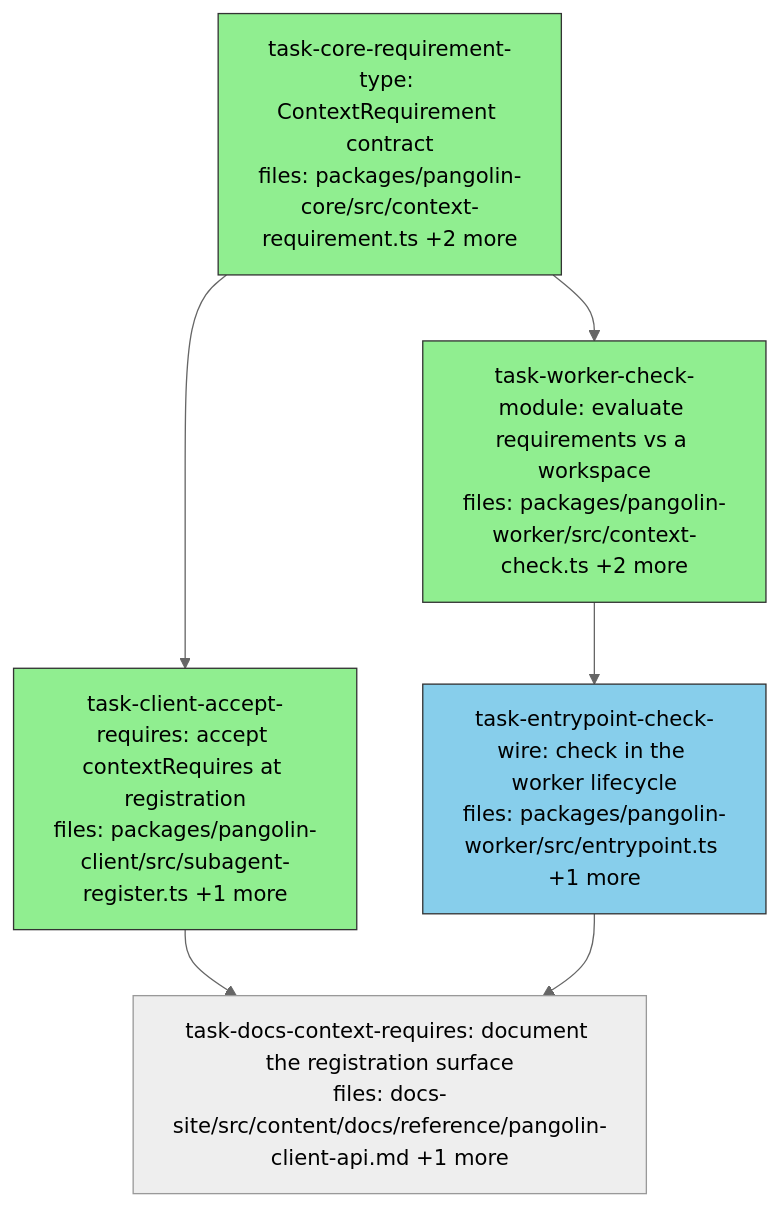
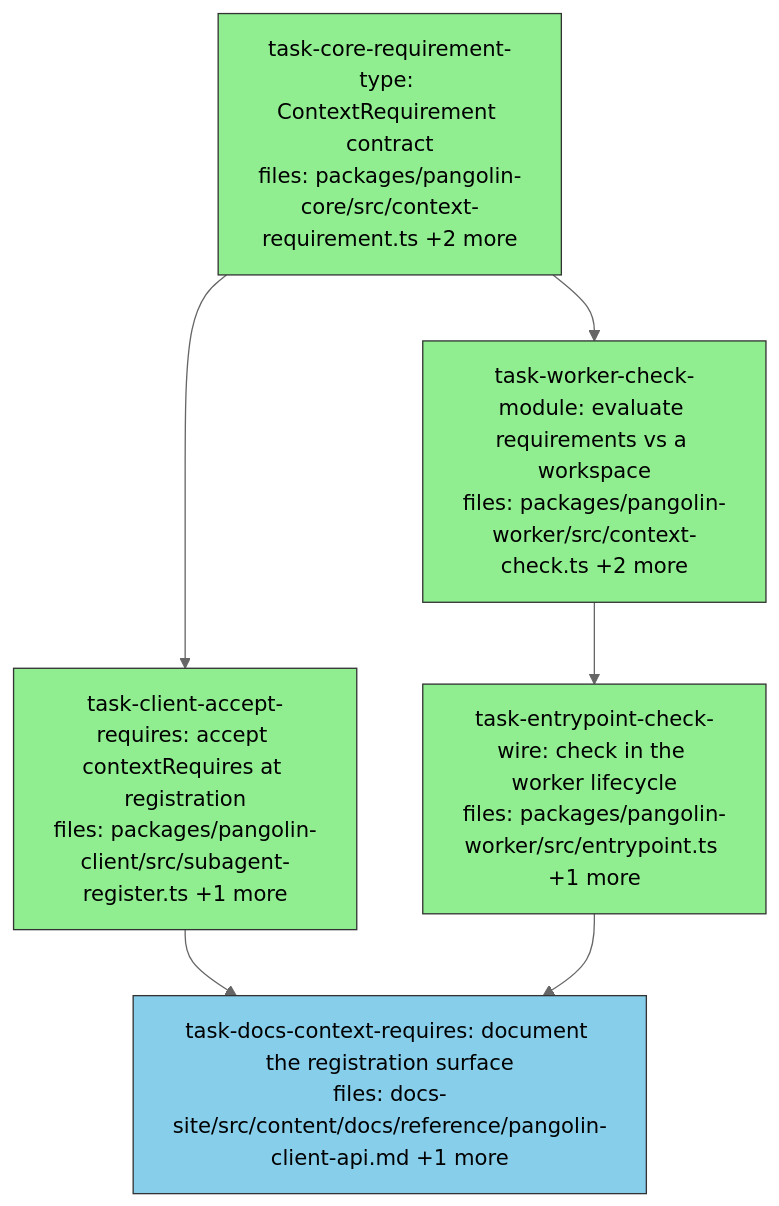
The diagram in docs/superpowers/plans/2026-08-03-staged-context-verification-dag.md (QuarrySystems/pangolin), drawn with Mermaid (neutral theme) before and after one commit. The commit also changed other lines of this file, not shown here.

Commit message:
chore(plan): entrypoint wiring done; dispatch tick 4 (docs)

````diff
--- a/docs/superpowers/plans/2026-08-03-staged-context-verification-dag.md
+++ b/docs/superpowers/plans/2026-08-03-staged-context-verification-dag.md
@@ -9,20 +9,20 @@
 ```mermaid
 flowchart TD
     task-core-requirement-type["task-core-requirement-type: ContextRequirement contract<br/>files: packages/pangolin-core/src/context-requirement.ts +2 more"]:::done
     task-client-accept-requires["task-client-accept-requires: accept contextRequires at registration<br/>files: packages/pangolin-client/src/subagent-register.ts +1 more"]:::done
     task-worker-check-module["task-worker-check-module: evaluate requirements vs a workspace<br/>files: packages/pangolin-worker/src/context-check.ts +2 more"]:::done
-    task-entrypoint-check-wire["task-entrypoint-check-wire: check in the worker lifecycle<br/>files: packages/pangolin-worker/src/entrypoint.ts +1 more"]:::running
-    task-docs-context-requires["task-docs-context-requires: document the registration surface<br/>files: docs-site/src/content/docs/reference/pangolin-client-api.md +1 more"]
+    task-entrypoint-check-wire["task-entrypoint-check-wire: check in the worker lifecycle<br/>files: packages/pangolin-worker/src/entrypoint.ts +1 more"]:::done
+    task-docs-context-requires["task-docs-context-requires: document the registration surface<br/>files: docs-site/src/content/docs/reference/pangolin-client-api.md +1 more"]:::running
 
     task-core-requirement-type --> task-client-accept-requires
     task-core-requirement-type --> task-worker-check-module
     task-worker-check-module --> task-entrypoint-check-wire
     task-client-accept-requires --> task-docs-context-requires
     task-entrypoint-check-wire --> task-docs-context-requires
 
     classDef done fill:#90ee90,stroke:#333
     classDef ready fill:#fffacd,stroke:#333
     classDef running fill:#87ceeb,stroke:#333
     classDef failed fill:#ffb6c1,stroke:#333
     classDef skipped fill:#d3d3d3,stroke:#333,stroke-dasharray: 5 5
 ```
````
